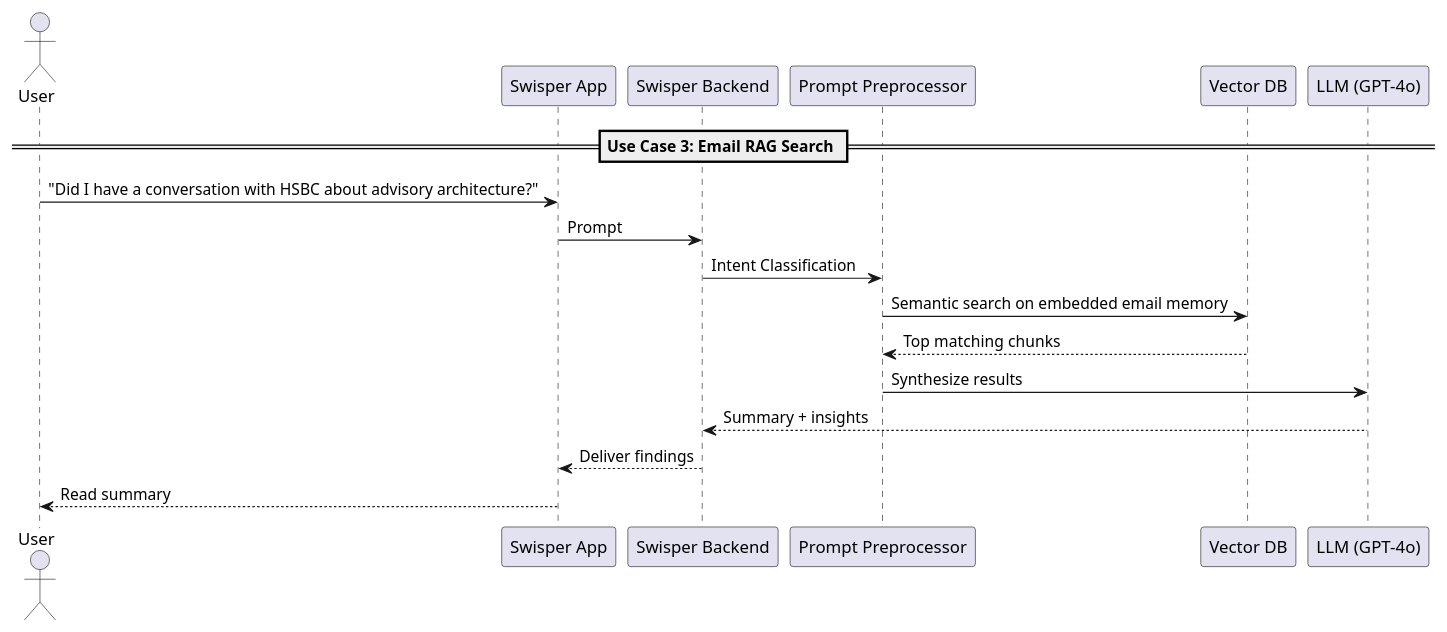
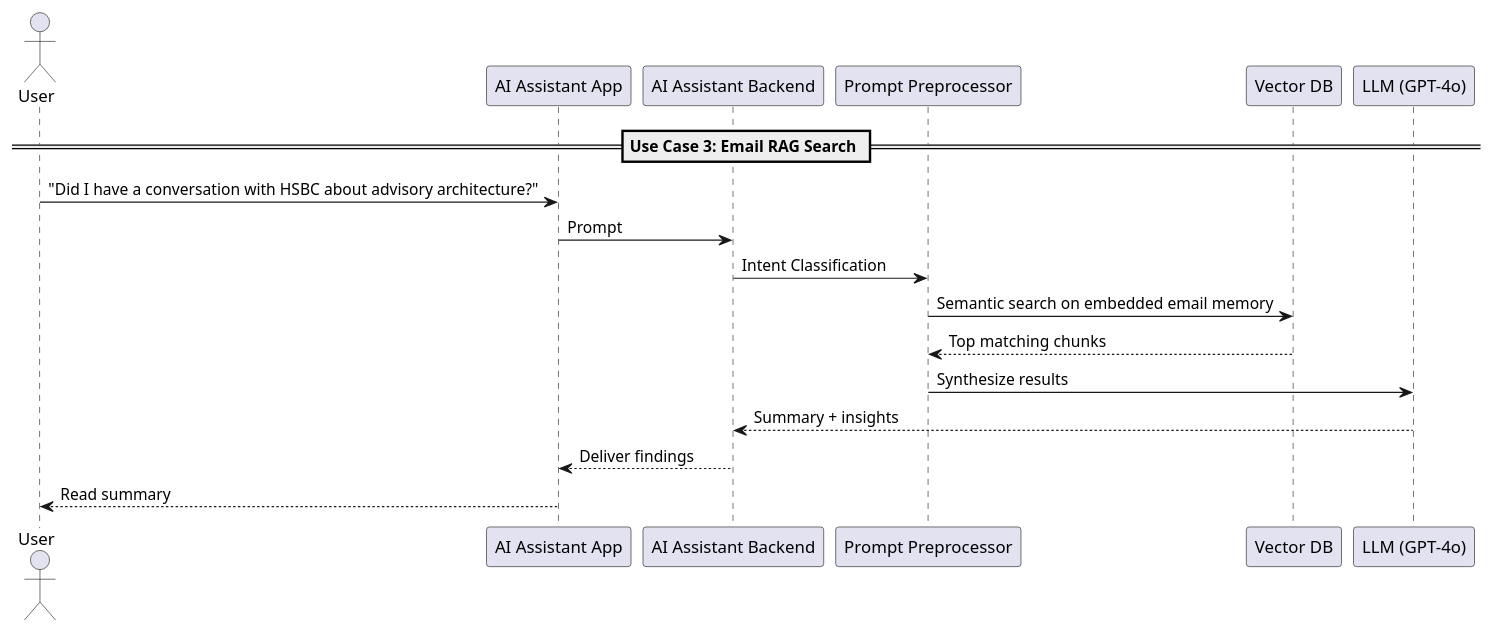
The diagram in Architecture/use_case_3_3__email_rag_search.puml (Sundi1972/Swisper_Core), drawn with PlantUML before and after one commit. The commit also changed 23 other files, not shown here.

```diff
--- a/Architecture/use_case_3_3__email_rag_search.puml
+++ b/Architecture/use_case_3_3__email_rag_search.puml
@@ -1,19 +1,19 @@
 @startuml
 == Use Case 3: Email RAG Search ==
 actor User
-participant "Swisper App" as App3
-participant "Swisper Backend" as Backend3
+participant "AI Assistant App" as App3
+participant "AI Assistant Backend" as Backend3
 participant "Prompt Preprocessor" as Pre3
 participant "Vector DB" as VectorDB
 participant "LLM (GPT-4o)" as LLM3
 
 User -> App3 : "Did I have a conversation with HSBC about advisory architecture?"
 App3 -> Backend3 : Prompt
 Backend3 -> Pre3 : Intent Classification
 Pre3 -> VectorDB : Semantic search on embedded email memory
 VectorDB --> Pre3 : Top matching chunks
 Pre3 -> LLM3 : Synthesize results
 LLM3 --> Backend3 : Summary + insights
 Backend3 --> App3 : Deliver findings
 App3 --> User : Read summary
 @enduml
```
